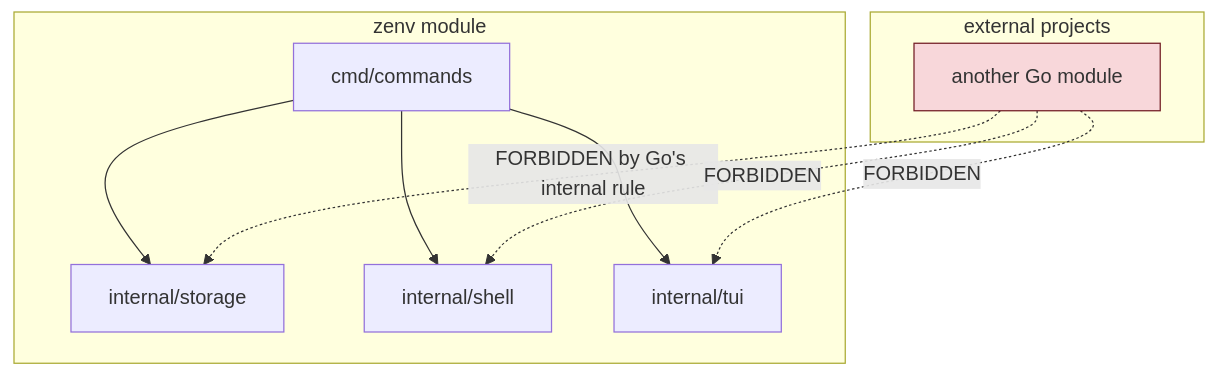
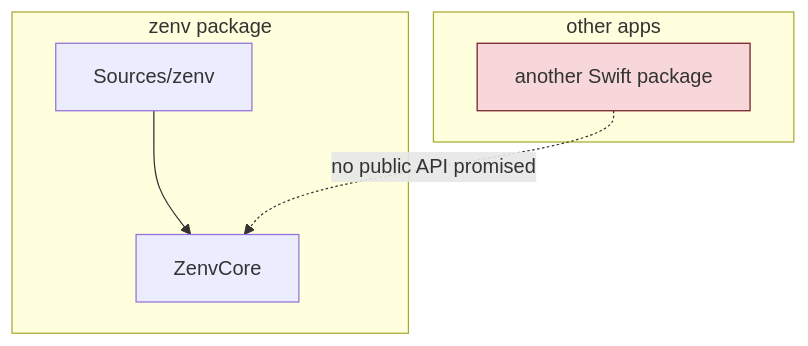
The second of 4 diagrams in docs/book/ch09-architecture.md (hcuong-me/zenv), drawn with Mermaid before and after one commit. The commit also changed other lines of this file and 3 other files, not shown here.

````diff
--- a/docs/book/ch09-architecture.md
+++ b/docs/book/ch09-architecture.md
@@ -55,19 +55,13 @@
 ```mermaid
 graph TD
-    subgraph "zenv module"
-        CMD["cmd/commands"]
-        STOR["internal/storage"]
-        SHELL["internal/shell"]
-        TUI["internal/tui"]
+    subgraph "zenv package"
+        CMD["Sources/zenv"]
+        CORE["ZenvCore"]
     end
-    subgraph "external projects"
-        EXT["another Go module"]
+    subgraph "other apps"
+        EXT["another Swift package"]
     end
-    CMD --> STOR
-    CMD --> SHELL
-    CMD --> TUI
-    EXT -.->|"FORBIDDEN by Go's internal rule"| STOR
-    EXT -.->|"FORBIDDEN"| SHELL
-    EXT -.->|"FORBIDDEN"| TUI
+    CMD --> CORE
+    EXT -.->|"no public API promised"| CORE
     style EXT fill:#f8d7da,stroke:#721c24
 ```
````
